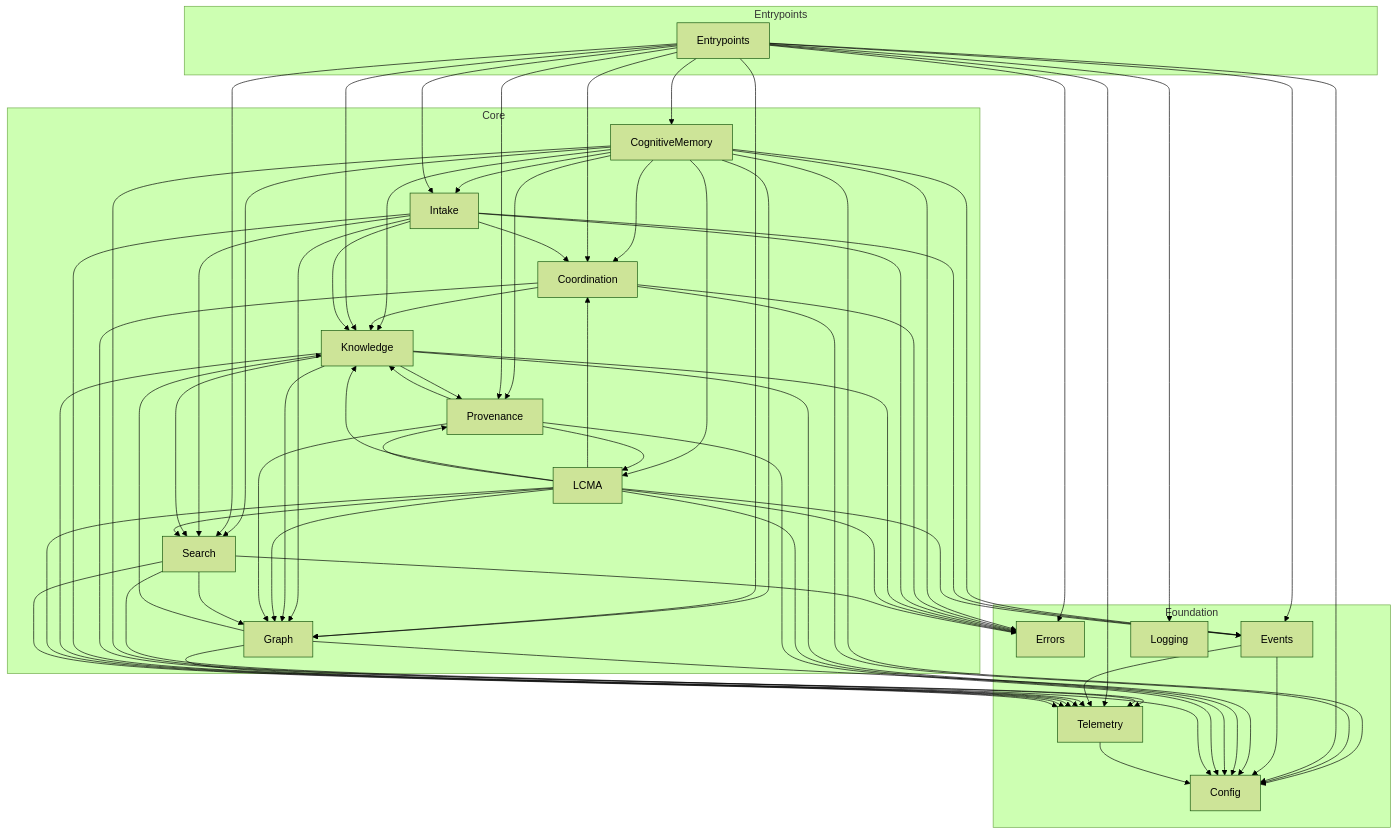
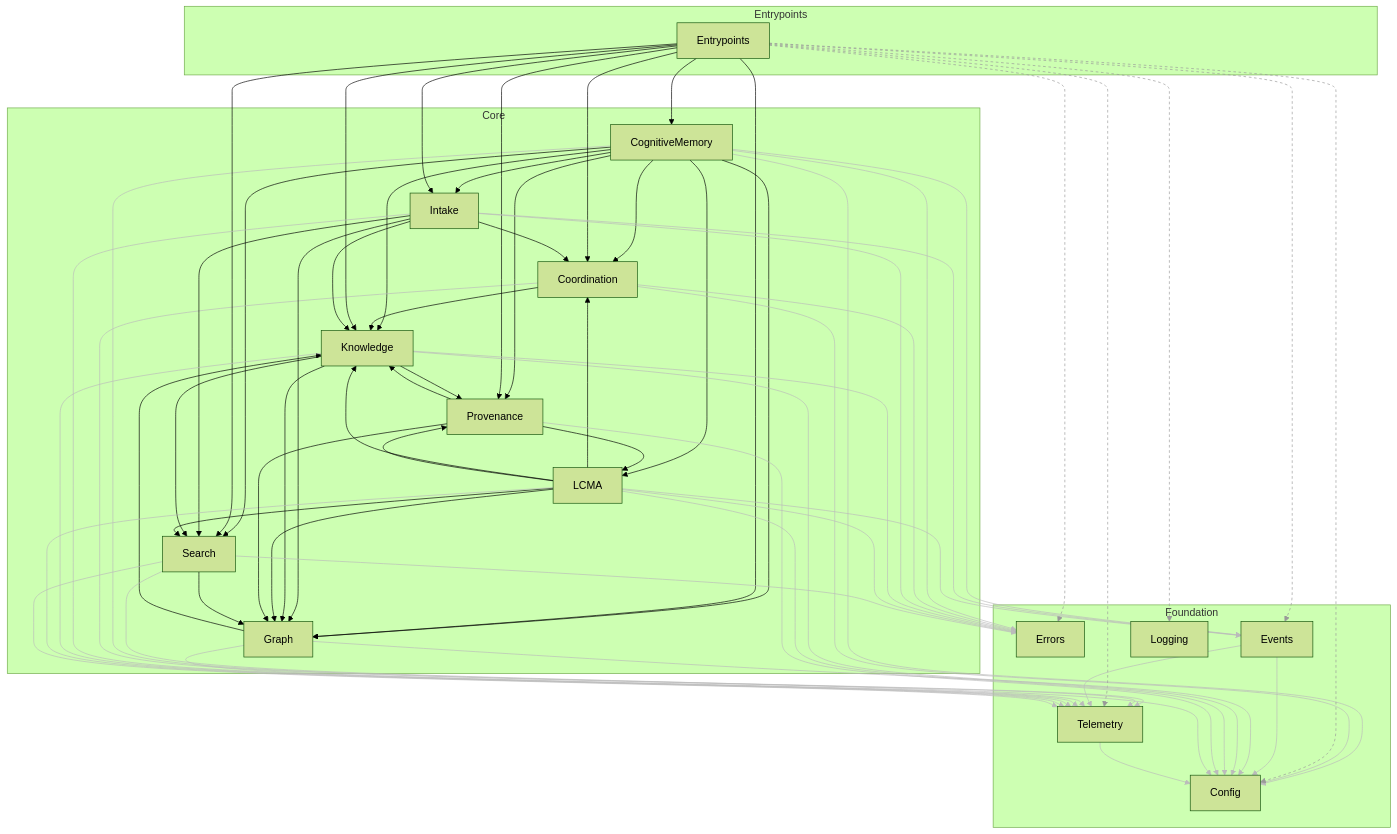
Before and after one commit to agent-lore/lithos: the diagram in docs/generated/architecture.md, drawn with Mermaid (forest theme). The commit also changed 48 other files, not shown here.

First line of the commit message:
feat(guardrail): extend architecture tooling — metrics, budgets, trends, tool catalog, container & component views (#379)

````diff
--- a/docs/generated/architecture.md
+++ b/docs/generated/architecture.md
@@ -25,6 +25,20 @@
     Logging
     Telemetry
   end
+  click CognitiveMemory "components/CognitiveMemory.md"
+  click Config "components/Config.md"
+  click Coordination "components/Coordination.md"
+  click Entrypoints "components/Entrypoints.md"
+  click Errors "components/Errors.md"
+  click Events "components/Events.md"
+  click Graph "components/Graph.md"
+  click Intake "components/Intake.md"
+  click Knowledge "components/Knowledge.md"
+  click LCMA "components/LCMA.md"
+  click Logging "components/Logging.md"
+  click Provenance "components/Provenance.md"
+  click Search "components/Search.md"
+  click Telemetry "components/Telemetry.md"
   CognitiveMemory --> Config
   CognitiveMemory --> Coordination
   CognitiveMemory --> Errors
@@ -88,4 +102,35 @@
   Search --> Graph
   Search --> Telemetry
   Telemetry --> Config
+  linkStyle 0 stroke:#bbb
+  linkStyle 2 stroke:#bbb
+  linkStyle 3 stroke:#bbb
+  linkStyle 10 stroke:#bbb
+  linkStyle 11 stroke:#bbb
+  linkStyle 12 stroke:#bbb
+  linkStyle 14 stroke:#bbb
+  linkStyle 16 stroke:#999,stroke-dasharray:4
+  linkStyle 18 stroke:#999,stroke-dasharray:4
+  linkStyle 19 stroke:#999,stroke-dasharray:4
+  linkStyle 23 stroke:#999,stroke-dasharray:4
+  linkStyle 26 stroke:#999,stroke-dasharray:4
+  linkStyle 27 stroke:#bbb
+  linkStyle 28 stroke:#bbb
+  linkStyle 29 stroke:#bbb
+  linkStyle 31 stroke:#bbb
+  linkStyle 33 stroke:#bbb
+  linkStyle 34 stroke:#bbb
+  linkStyle 38 stroke:#bbb
+  linkStyle 39 stroke:#bbb
+  linkStyle 40 stroke:#bbb
+  linkStyle 44 stroke:#bbb
+  linkStyle 45 stroke:#bbb
+  linkStyle 47 stroke:#bbb
+  linkStyle 48 stroke:#bbb
+  linkStyle 53 stroke:#bbb
+  linkStyle 54 stroke:#bbb
+  linkStyle 58 stroke:#bbb
+  linkStyle 59 stroke:#bbb
+  linkStyle 61 stroke:#bbb
+  linkStyle 62 stroke:#bbb
 ```
````
